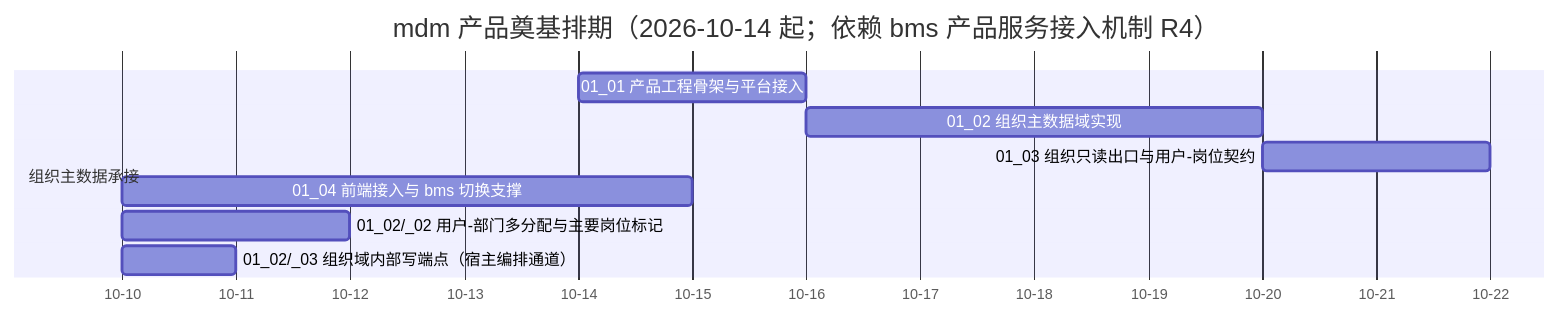
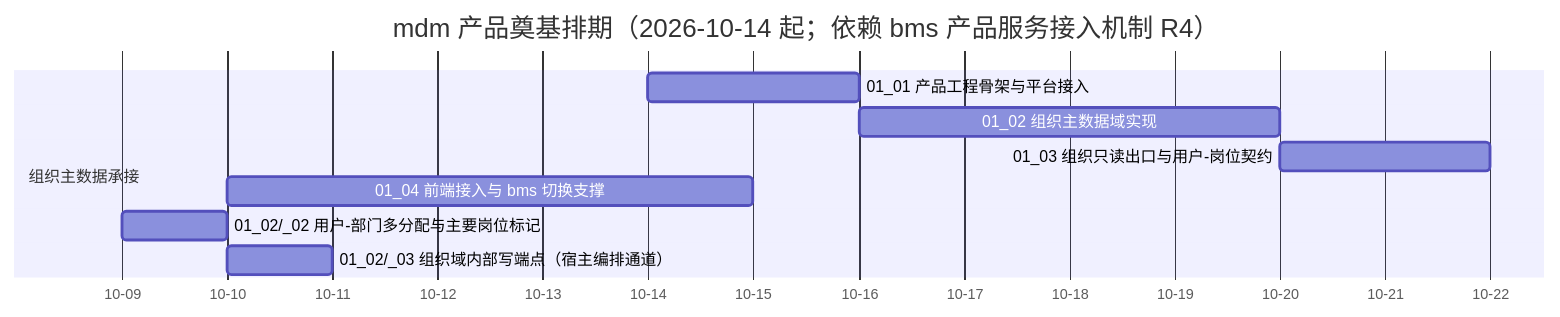
The diagram in mdm文档/项目/01_mdm 产品奠基/计划/01_计划_mdm产品奠基.md (minjian123/master-data-management), drawn with Mermaid before and after one commit. The commit also changed other lines of this file and 1 other file, not shown here.

````diff
--- a/mdm文档/项目/01_mdm 产品奠基/计划/01_计划_mdm产品奠基.md
+++ b/mdm文档/项目/01_mdm 产品奠基/计划/01_计划_mdm产品奠基.md
@@ -35,13 +35,13 @@
 ```mermaid
 gantt
     title mdm 产品奠基排期（2026-10-14 起；依赖 bms 产品服务接入机制 R4）
     dateFormat  YYYY-MM-DD
     axisFormat %m-%d
     section 组织主数据承接
     01_01 产品工程骨架与平台接入 :m0101, 2026-10-14, 2d
     01_02 组织主数据域实现 :m0102, 2026-10-16, 4d
     01_03 组织只读出口与用户-岗位契约 :m0103, 2026-10-20, 2d
     01_04 前端接入与 bms 切换支撑 :m0104, 2026-10-10, 5d
-    01_02/_02 用户-部门多分配与主要岗位标记 :m0102b, 2026-10-10, 2d
+    01_02/_02 用户-部门多分配与主要岗位标记 :m0102b, 2026-10-09, 1d
     01_02/_03 组织域内部写端点（宿主编排通道） :m0102c, 2026-10-10, 1d
 ```
````
